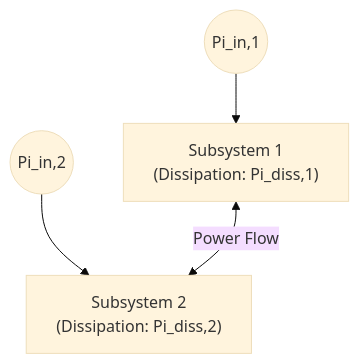
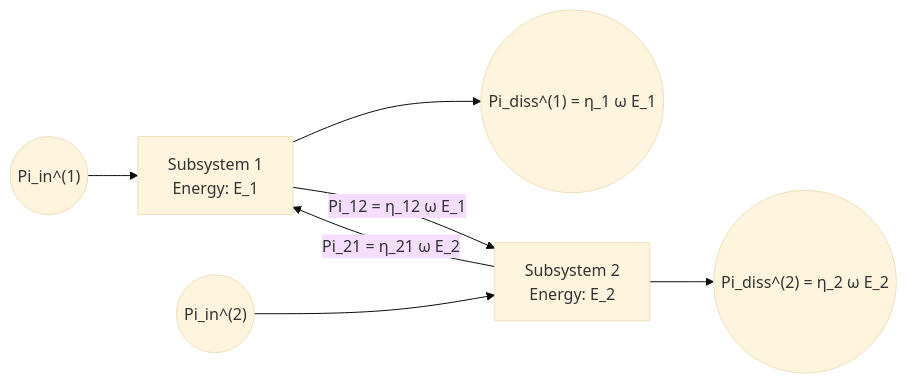
One commit to wemor/SEA-App changed the diagram in docs/manual.md. Above: the diagram before and after it, drawn with Mermaid (base theme). The commit also changed other lines of this file, not shown here.

Commit message:
Update flowchart and formulas to match user SEA diagram representation

````diff
--- a/docs/manual.md
+++ b/docs/manual.md
@@ -43,6 +27,14 @@
 ```mermaid
-flowchart TD
-    P1(("Pi_in,1")) --> S1["Subsystem 1<br>(Dissipation: Pi_diss,1)"]
-    P2(("Pi_in,2")) --> S2["Subsystem 2<br>(Dissipation: Pi_diss,2)"]
-    S1 <-->|"Power Flow"| S2
+flowchart LR
+    %% Subsystem 1
+    Pin1(("Pi_in^(1)")) --> S1["Subsystem 1<br>Energy: E_1"]
+    S1 --> Pdiss1(("Pi_diss^(1) = η_1 ω E_1"))
+    
+    %% Subsystem 2
+    Pin2(("Pi_in^(2)")) --> S2["Subsystem 2<br>Energy: E_2"]
+    S2 --> Pdiss2(("Pi_diss^(2) = η_2 ω E_2"))
+    
+    %% Coupling
+    S1 -- "Pi_12 = η_12 ω E_1" --> S2
+    S2 -- "Pi_21 = η_21 ω E_2" --> S1
 ```
````
